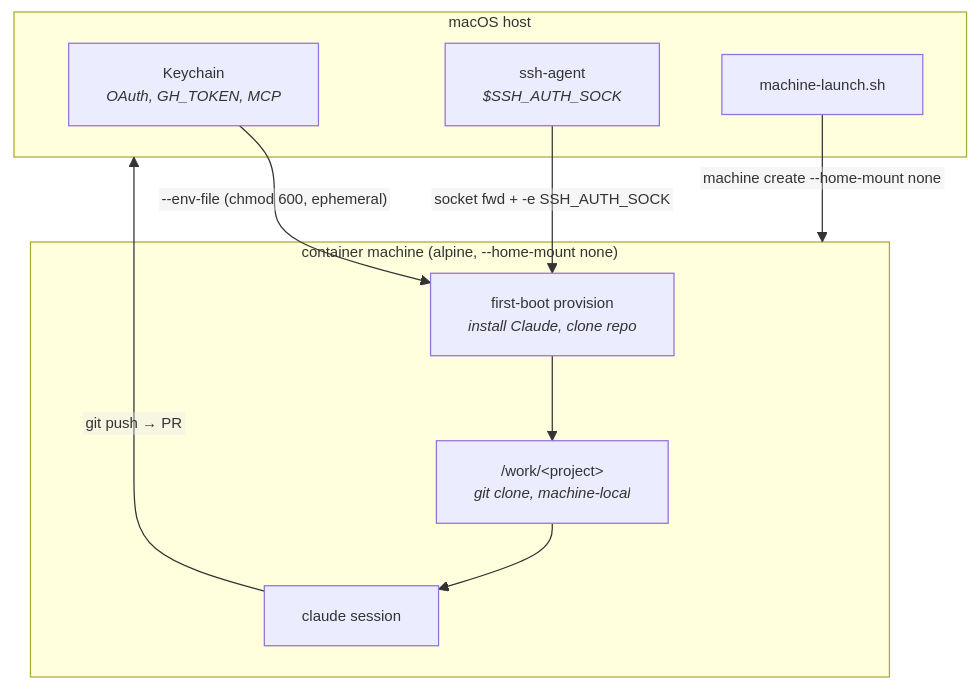
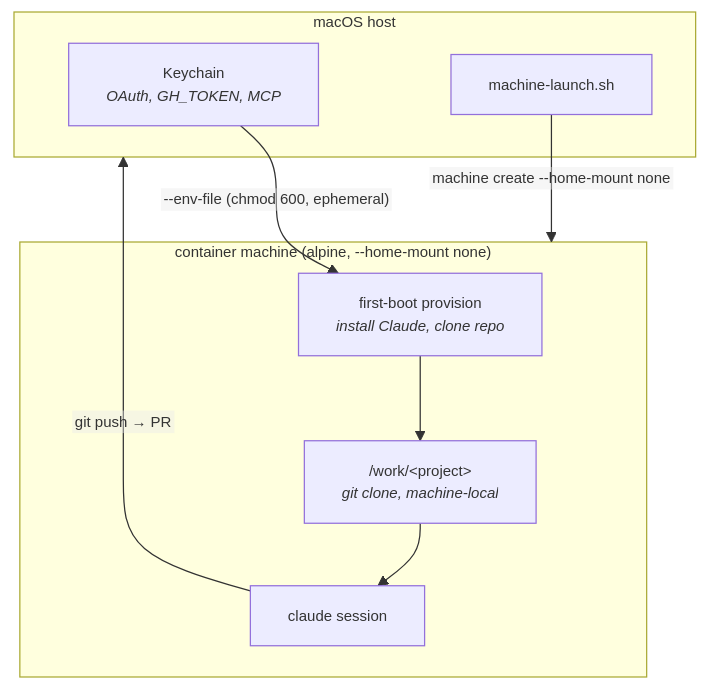
Before and after one commit to chew-z/Container: the first of 2 diagrams in docs/machine-mode.md, drawn with Mermaid. The commit also changed other lines of this file and 1 other file, not shown here.

First line of the commit message:
docs(machine-mode): remove ssh support from design

````diff
--- a/docs/machine-mode.md
+++ b/docs/machine-mode.md
@@ -60,21 +59,19 @@
 ```mermaid
 %%{init: {"themeVariables": {"fontSize": "9pt"}, "flowchart": {"htmlLabels": false}}}%%
 flowchart TB
     subgraph host["macOS host"]
         KC["Keychain<br/><i>OAuth, GH_TOKEN, MCP</i>"]
-        AGENT["ssh-agent<br/><i>$SSH_AUTH_SOCK</i>"]
         SCRIPT["machine-launch.sh"]
     end
 
     subgraph machine["container machine (alpine, --home-mount none)"]
         PROV["first-boot provision<br/><i>install Claude, clone repo</i>"]
         WS["/work/&lt;project&gt;<br/><i>git clone, machine-local</i>"]
         CC["claude session"]
     end
 
     SCRIPT -->|"machine create --home-mount none"| machine
     KC -->|"--env-file (chmod 600, ephemeral)"| PROV
-    AGENT -->|"socket fwd + -e SSH_AUTH_SOCK"| PROV
     PROV --> WS --> CC
     CC -->|"git push → PR"| host
 ```
````
